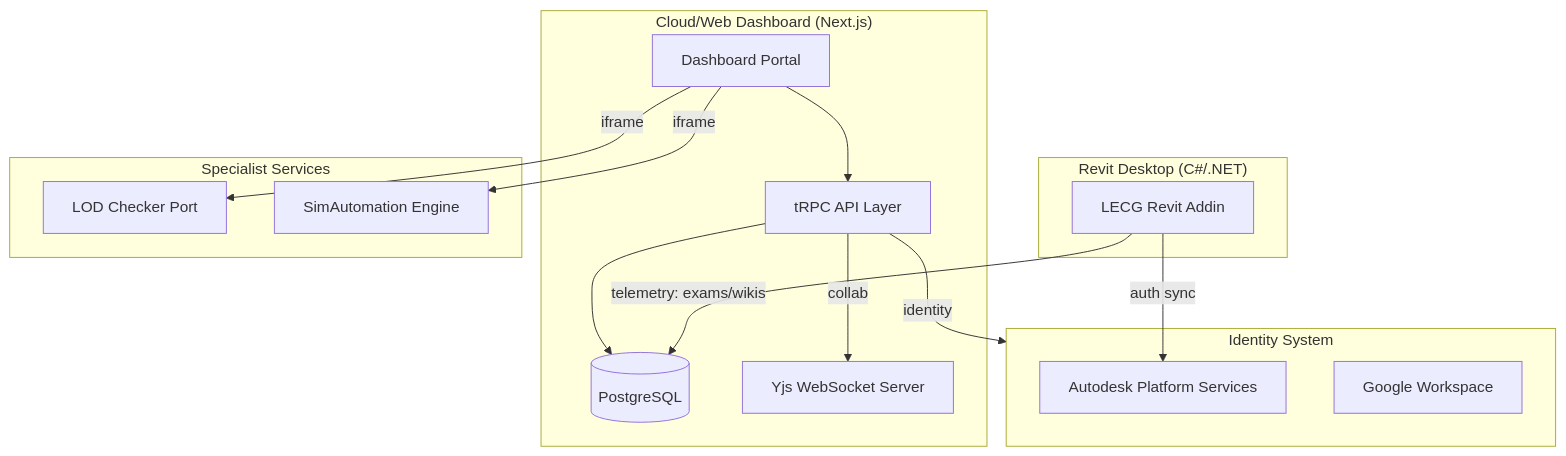
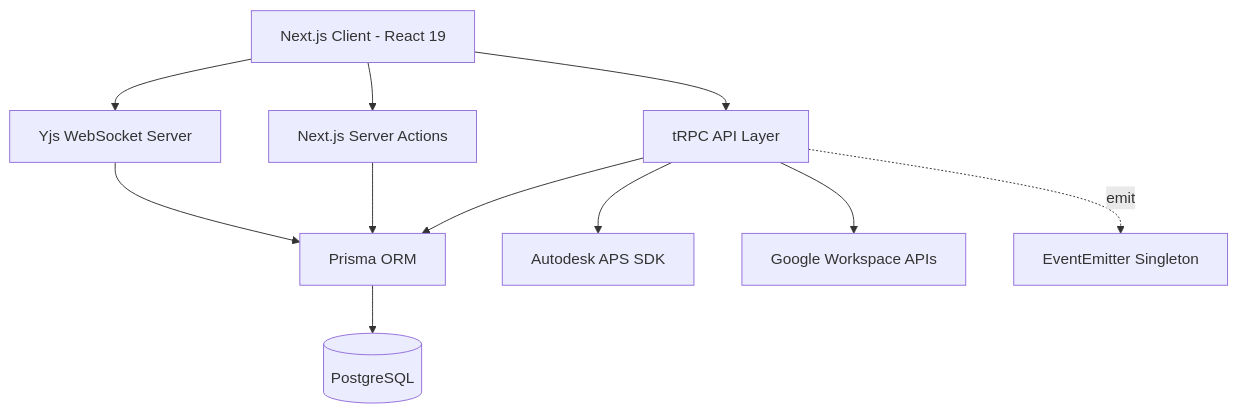
One commit to lecgarq/Dashboard changed the diagram in .gsd/ARCHITECTURE.md. Above: the diagram before and after it, drawn with Mermaid. The commit also changed other lines of this file and 2 other files, not shown here.

Commit message:
docs: master-internal-phase codebase mapping (Dashboard only)

````diff
--- a/.gsd/ARCHITECTURE.md
+++ b/.gsd/ARCHITECTURE.md
@@ -9,32 +9,23 @@
 ```mermaid
 graph TD
-    subgraph Desktop["Revit Desktop (C#/.NET)"]
-        Addin[LECG Revit Addin]
-    end
+    Client[Next.js Client - React 19]
+    TRPC[tRPC API Layer]
+    Actions[Next.js Server Actions]
+    Prisma[Prisma ORM]
+    DB[(PostgreSQL)]
+    APS[Autodesk APS SDK]
+    Google[Google Workspace APIs]
+    Yjs[Yjs WebSocket Server]
+    Events[EventEmitter Singleton]
 
-    subgraph Dashboard["Cloud/Web Dashboard (Next.js)"]
-        Web[Dashboard Portal]
-        TRPC[tRPC API Layer]
-        DB[(PostgreSQL)]
-        Yjs[Yjs WebSocket Server]
-    end
-
-    subgraph Specialists["Specialist Services"]
-        LOD[LOD Checker Port]
-        Sim[SimAutomation Engine]
-    end
-
-    subgraph Auth["Identity System"]
-        APS[Autodesk Platform Services]
-        Google[Google Workspace]
-    end
-
-    Addin -- telemetry: exams/wikis --> DB
-    Addin -- auth sync --> APS
-    Web --> TRPC
-    TRPC --> DB
-    Web -- iframe --> LOD
-    Web -- iframe --> Sim
-    TRPC -- collab --> Yjs
-    TRPC -- identity --> Auth
+    Client --> TRPC
+    Client --> Actions
+    Client --> Yjs
+    TRPC --> Prisma
+    Actions --> Prisma
+    Prisma --> DB
+    TRPC --> APS
+    TRPC --> Google
+    TRPC -. emit .-> Events
+    Yjs --> Prisma
 ```
````
